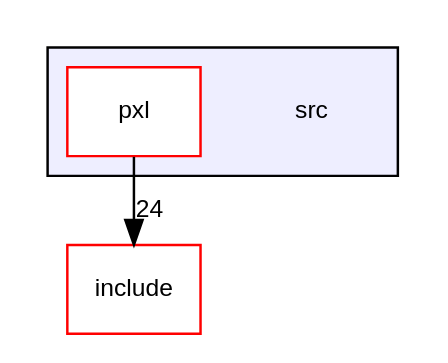
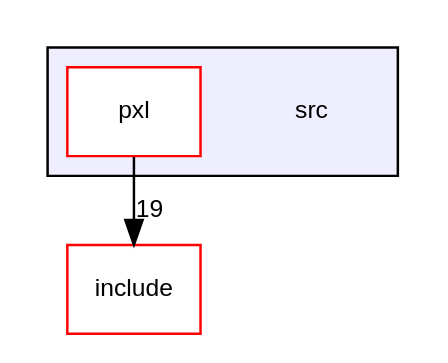
Before and after one commit to Pixel-Lib/Pixel: the diagram in dir_68267d1309a1af8e8297ef4c3efbcdba_dep.dot, drawn with Graphviz. The commit also changed 24 other files, not shown here.

```diff
--- a/dir_68267d1309a1af8e8297ef4c3efbcdba_dep.dot
+++ b/dir_68267d1309a1af8e8297ef4c3efbcdba_dep.dot
@@ -1,12 +1,12 @@
 digraph "src" {
   compound=true
   node [ fontsize="10", fontname="Helvetica"];
   edge [ labelfontsize="10", labelfontname="Helvetica"];
   subgraph clusterdir_68267d1309a1af8e8297ef4c3efbcdba {
     graph [ bgcolor="#eeeeff", pencolor="black", label="" URL="dir_68267d1309a1af8e8297ef4c3efbcdba.html"];
     dir_68267d1309a1af8e8297ef4c3efbcdba [shape=plaintext label="src"];
   dir_87a857eff530ad659c1a04633acb58d5 [shape=box label="pxl" fillcolor="white" style="filled" color="red" URL="dir_87a857eff530ad659c1a04633acb58d5.html"];
   }
   dir_d44c64559bbebec7f509842c48db8b23 [shape=box label="include" fillcolor="white" style="filled" color="red" URL="dir_d44c64559bbebec7f509842c48db8b23.html"];
-  dir_87a857eff530ad659c1a04633acb58d5->dir_d44c64559bbebec7f509842c48db8b23 [headlabel="24", labeldistance=1.5 headhref="dir_000006_000000.html"];
+  dir_87a857eff530ad659c1a04633acb58d5->dir_d44c64559bbebec7f509842c48db8b23 [headlabel="19", labeldistance=1.5 headhref="dir_000006_000000.html"];
 }
```
